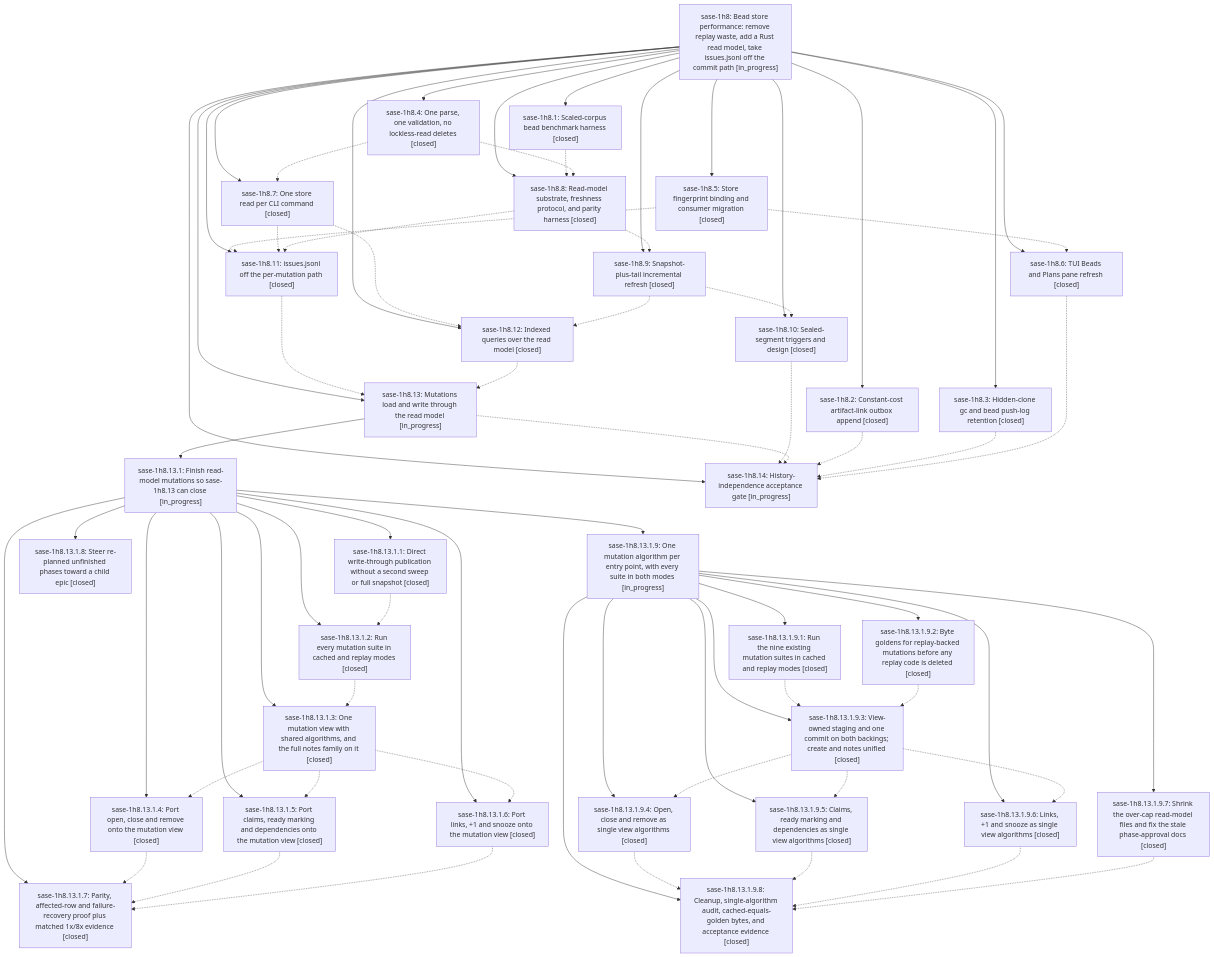
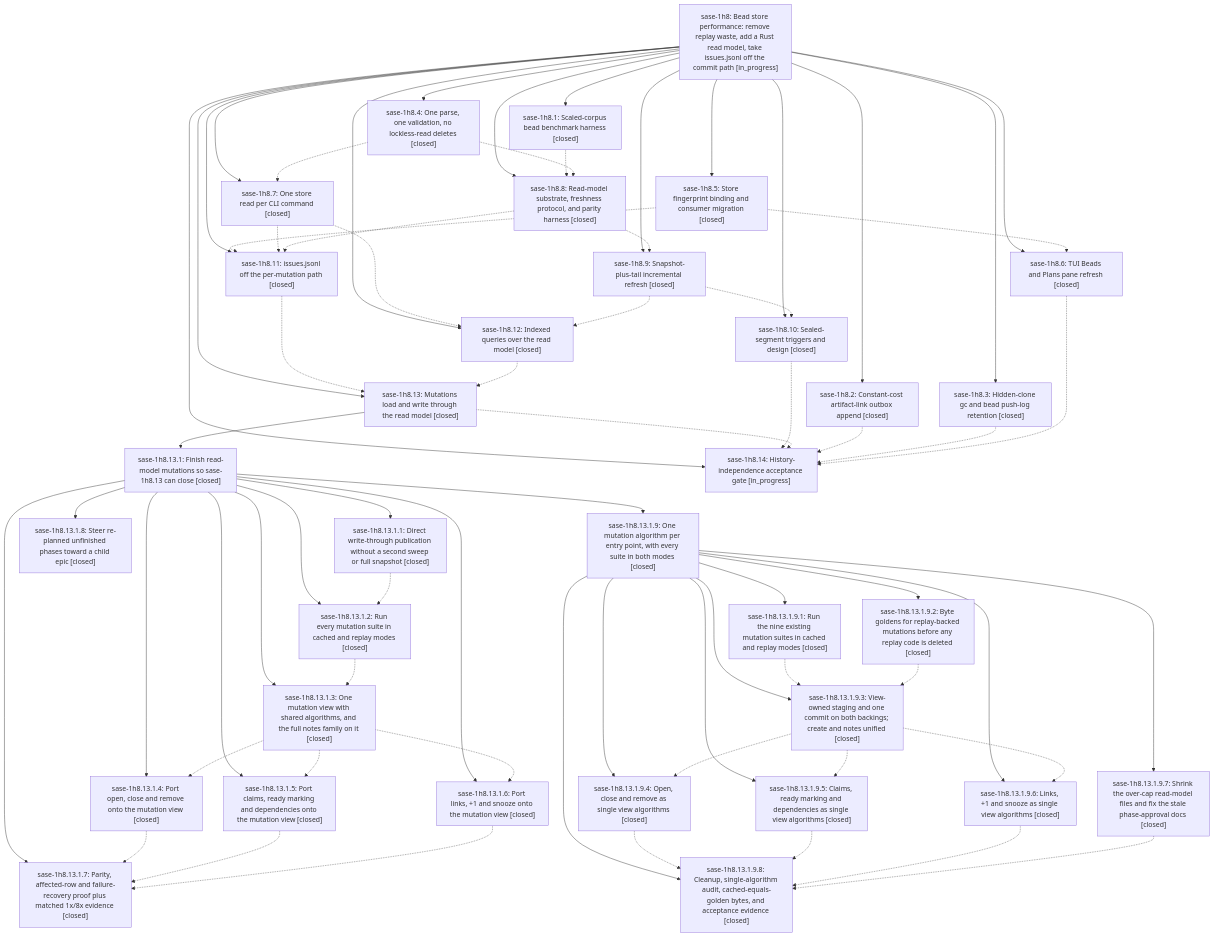
One commit to sase-org/sase--beads changed the diagram in pages/sase-1h8/README.md. Above: the diagram before and after it, drawn with Mermaid. The commit also changed other lines of this file and 7 other files, not shown here.

```diff
--- a/pages/sase-1h8/README.md
+++ b/pages/sase-1h8/README.md
@@ -67,8 +71,8 @@
     n2["sase-1h8.10: Sealed-segment triggers and design [closed]"]
     n3["sase-1h8.11: issues.jsonl off the per-mutation path [closed]"]
     n4["sase-1h8.12: Indexed queries over the read model [closed]"]
-    n5["sase-1h8.13: Mutations load and write through the read model [in_progress]"]
-    n6["sase-1h8.13.1: Finish read-model mutations so sase-1h8.13 can close [in_progress]"]
+    n5["sase-1h8.13: Mutations load and write through the read model [closed]"]
+    n6["sase-1h8.13.1: Finish read-model mutations so sase-1h8.13 can close [closed]"]
     n7["sase-1h8.13.1.1: Direct write-through publication without a second sweep or full snapshot [closed]"]
     n8["sase-1h8.13.1.2: Run every mutation suite in cached and replay modes [closed]"]
     n9["sase-1h8.13.1.3: One mutation view with shared algorithms, and the full notes family on it [closed]"]
@@ -77,7 +81,7 @@
     n12["sase-1h8.13.1.6: Port links, +1 and snooze onto the mutation view [closed]"]
     n13["sase-1h8.13.1.7: Parity, affected-row and failure-recovery proof plus matched 1x/8x evidence [closed]"]
     n14["sase-1h8.13.1.8: Steer re-planned unfinished phases toward a child epic [closed]"]
-    n15["sase-1h8.13.1.9: One mutation algorithm per entry point, with every suite in both modes [in_progress]"]
+    n15["sase-1h8.13.1.9: One mutation algorithm per entry point, with every suite in both modes [closed]"]
     n16["sase-1h8.13.1.9.1: Run the nine existing mutation suites in cached and replay modes [closed]"]
     n17["sase-1h8.13.1.9.2: Byte goldens for replay-backed mutations before any replay code is deleted [closed]"]
     n18["sase-1h8.13.1.9.3: View-owned staging and one commit on both backings; create and notes unified [closed]"]
```
